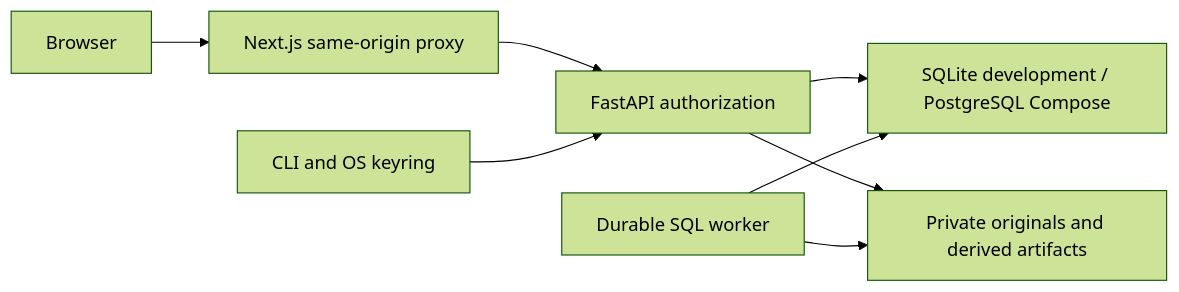
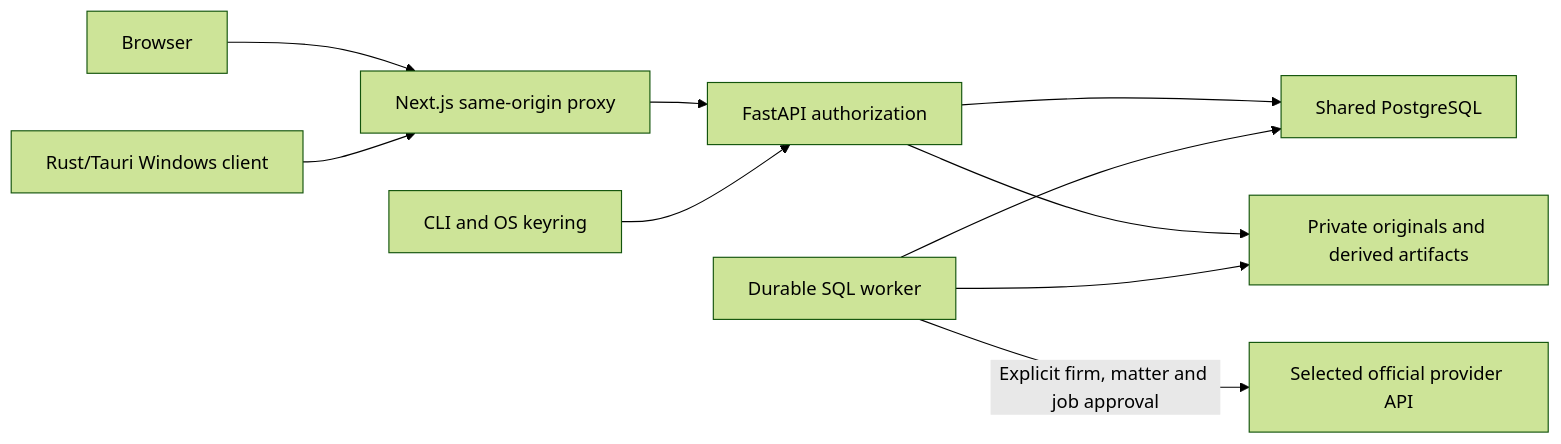
One commit to CanerBaba25/CaseQuarry changed the diagram in docs/ARCHITECTURE.md. Above: the diagram before and after it, drawn with Mermaid (forest theme). The commit also changed other lines of this file and 109 other files, not shown here.

Commit message:
Add PostgreSQL firm sync, desktop client and optional provider connections

````diff
--- a/docs/ARCHITECTURE.md
+++ b/docs/ARCHITECTURE.md
@@ -5,10 +5,12 @@
 ```mermaid
 flowchart LR
   Browser --> Web[Next.js same-origin proxy]
+  Desktop[Rust/Tauri Windows client] --> Web
   Web --> API[FastAPI authorization]
   CLI[CLI and OS keyring] --> API
-  API --> DB[SQLite development / PostgreSQL Compose]
+  API --> DB[Shared PostgreSQL]
   API --> Store[Private originals and derived artifacts]
   Worker[Durable SQL worker] --> DB
   Worker --> Store
+  Worker -->|Explicit firm, matter and job approval| Provider[Selected official provider API]
 ```
````
